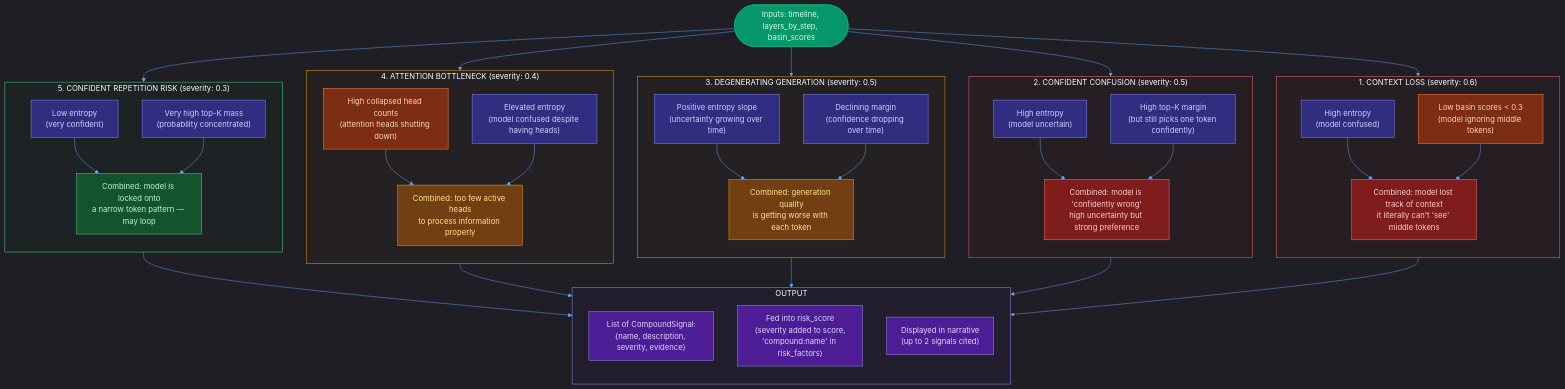
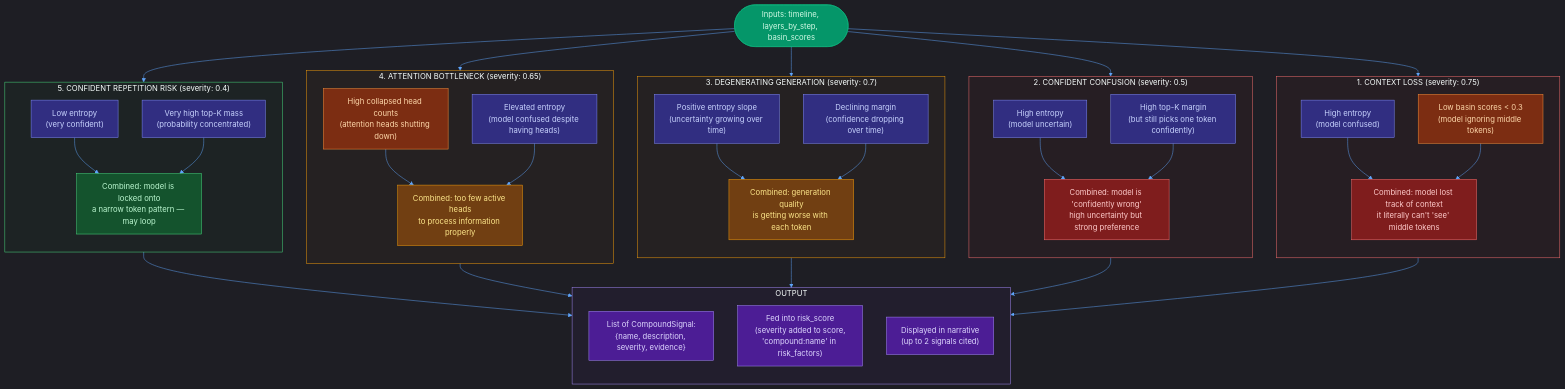
One commit to Joe-b-20/CoreVital changed the diagram in docs/mermaid/compound-signals-detection.mmd. Above: the diagram before and after it, drawn with Mermaid. The commit also changed 7 other files, not shown here.

```diff
--- a/docs/mermaid/compound-signals-detection.mmd
+++ b/docs/mermaid/compound-signals-detection.mmd
@@ -1,112 +1,112 @@
 %% Compound Signal Detection — The 5 multi-metric failure patterns
 %% Each pattern combines 2+ metrics that individually might not be alarming,
 %% but together indicate a specific failure mode.
 %% Ref: src/CoreVital/compound_signals.py → detect_compound_signals()
 %%{init: {'theme':'dark', 'themeVariables': {'primaryColor':'#1e3a5f', 'primaryTextColor':'#e2e8f0', 'lineColor':'#60a5fa', 'clusterBkg':'#1e293b', 'clusterBorder':'#475569'}}}%%
 
 flowchart TB
 
     Input(["Inputs: timeline, layers_by_step, basin_scores"])
 
     %% Signal 1: Context Loss
-    subgraph S1["1. CONTEXT LOSS (severity: 0.6)"]
+    subgraph S1["1. CONTEXT LOSS (severity: 0.75)"]
         direction TB
         S1A["High entropy<br/>(model confused)"]
         S1B["Low basin scores < 0.3<br/>(model ignoring middle tokens)"]
         S1C["Combined: model lost track of context<br/>it literally can't 'see' middle tokens"]
         S1A --> S1C
         S1B --> S1C
     end
 
     %% Signal 2: Confident Confusion
     subgraph S2["2. CONFIDENT CONFUSION (severity: 0.5)"]
         direction TB
         S2A["High entropy<br/>(model uncertain)"]
         S2B["High top-K margin<br/>(but still picks one token confidently)"]
         S2C["Combined: model is 'confidently wrong'<br/>high uncertainty but strong preference"]
         S2A --> S2C
         S2B --> S2C
     end
 
     %% Signal 3: Degenerating Generation
-    subgraph S3["3. DEGENERATING GENERATION (severity: 0.5)"]
+    subgraph S3["3. DEGENERATING GENERATION (severity: 0.7)"]
         direction TB
         S3A["Positive entropy slope<br/>(uncertainty growing over time)"]
         S3B["Declining margin<br/>(confidence dropping over time)"]
         S3C["Combined: generation quality<br/>is getting worse with each token"]
         S3A --> S3C
         S3B --> S3C
     end
 
     %% Signal 4: Attention Bottleneck
-    subgraph S4["4. ATTENTION BOTTLENECK (severity: 0.4)"]
+    subgraph S4["4. ATTENTION BOTTLENECK (severity: 0.65)"]
         direction TB
         S4A["High collapsed head counts<br/>(attention heads shutting down)"]
         S4B["Elevated entropy<br/>(model confused despite having heads)"]
         S4C["Combined: too few active heads<br/>to process information properly"]
         S4A --> S4C
         S4B --> S4C
     end
 
     %% Signal 5: Confident Repetition Risk
-    subgraph S5["5. CONFIDENT REPETITION RISK (severity: 0.3)"]
+    subgraph S5["5. CONFIDENT REPETITION RISK (severity: 0.4)"]
         direction TB
         S5A["Low entropy<br/>(very confident)"]
         S5B["Very high top-K mass<br/>(probability concentrated)"]
         S5C["Combined: model is locked onto<br/>a narrow token pattern — may loop"]
         S5A --> S5C
         S5B --> S5C
     end
 
     %% Output
     subgraph OUT["OUTPUT"]
         direction TB
         O1["List of CompoundSignal:<br/>{name, description, severity, evidence}"]
         O2["Fed into risk_score<br/>(severity added to score,<br/>'compound:name' in risk_factors)"]
         O3["Displayed in narrative<br/>(up to 2 signals cited)"]
     end
 
     Input --> S1
     Input --> S2
     Input --> S3
     Input --> S4
     Input --> S5
 
     S1C --> OUT
     S2C --> OUT
     S3C --> OUT
     S4C --> OUT
     S5C --> OUT
 
     %% Styling
     style Input fill:#059669,stroke:#10b981,color:#d1fae5
 
     style S1 fill:#7f1d1d15,stroke:#f87171
     style S1A fill:#312e81,stroke:#818cf8,color:#c7d2fe
     style S1B fill:#7c2d12,stroke:#fb923c,color:#fed7aa
     style S1C fill:#7f1d1d,stroke:#f87171,color:#fecaca
 
     style S2 fill:#7f1d1d15,stroke:#f87171
     style S2A fill:#312e81,stroke:#818cf8,color:#c7d2fe
     style S2B fill:#312e81,stroke:#818cf8,color:#c7d2fe
     style S2C fill:#7f1d1d,stroke:#f87171,color:#fecaca
 
     style S3 fill:#713f1215,stroke:#f59e0b
     style S3A fill:#312e81,stroke:#818cf8,color:#c7d2fe
     style S3B fill:#312e81,stroke:#818cf8,color:#c7d2fe
     style S3C fill:#713f12,stroke:#f59e0b,color:#fde68a
 
     style S4 fill:#713f1215,stroke:#f59e0b
     style S4A fill:#7c2d12,stroke:#fb923c,color:#fed7aa
     style S4B fill:#312e81,stroke:#818cf8,color:#c7d2fe
     style S4C fill:#713f12,stroke:#f59e0b,color:#fde68a
 
     style S5 fill:#14532d15,stroke:#4ade80
     style S5A fill:#312e81,stroke:#818cf8,color:#c7d2fe
     style S5B fill:#312e81,stroke:#818cf8,color:#c7d2fe
     style S5C fill:#14532d,stroke:#4ade80,color:#bbf7d0
 
     style OUT fill:#4c1d9515,stroke:#a78bfa
     style O1 fill:#4c1d95,stroke:#a78bfa,color:#ddd6fe
     style O2 fill:#4c1d95,stroke:#a78bfa,color:#ddd6fe
     style O3 fill:#4c1d95,stroke:#a78bfa,color:#ddd6fe
```
